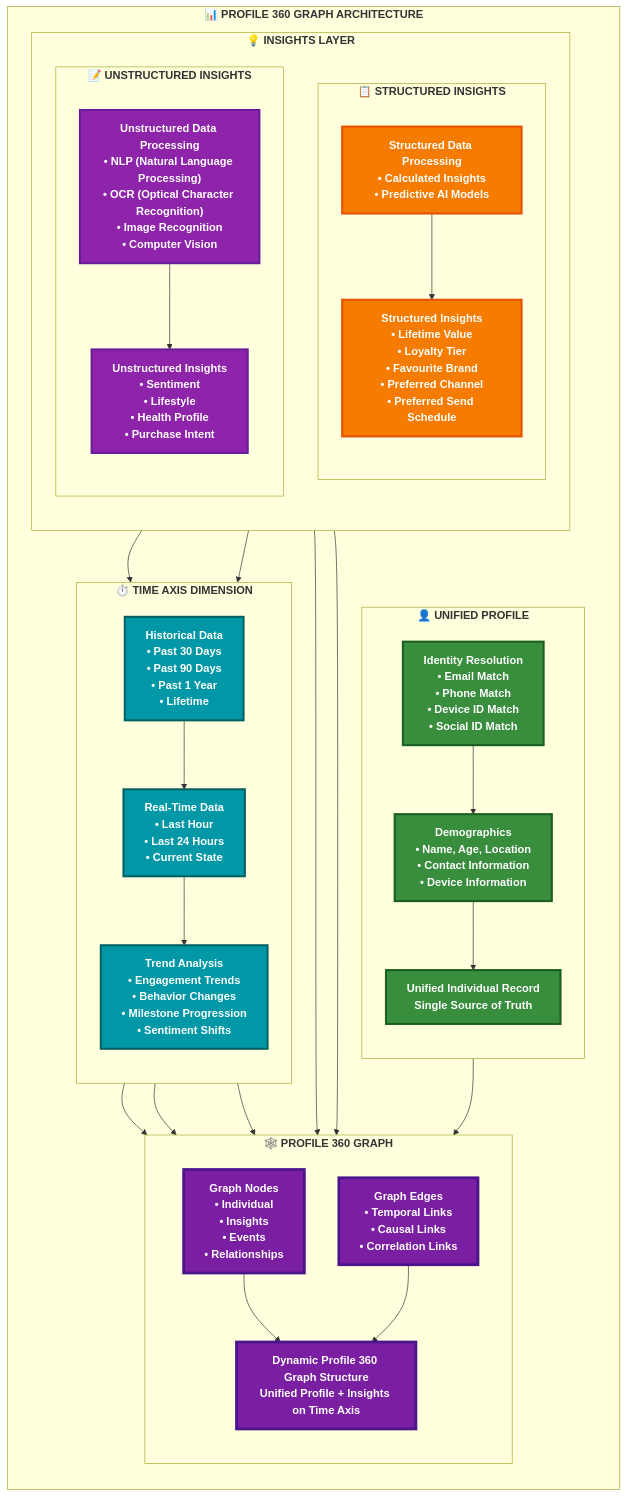
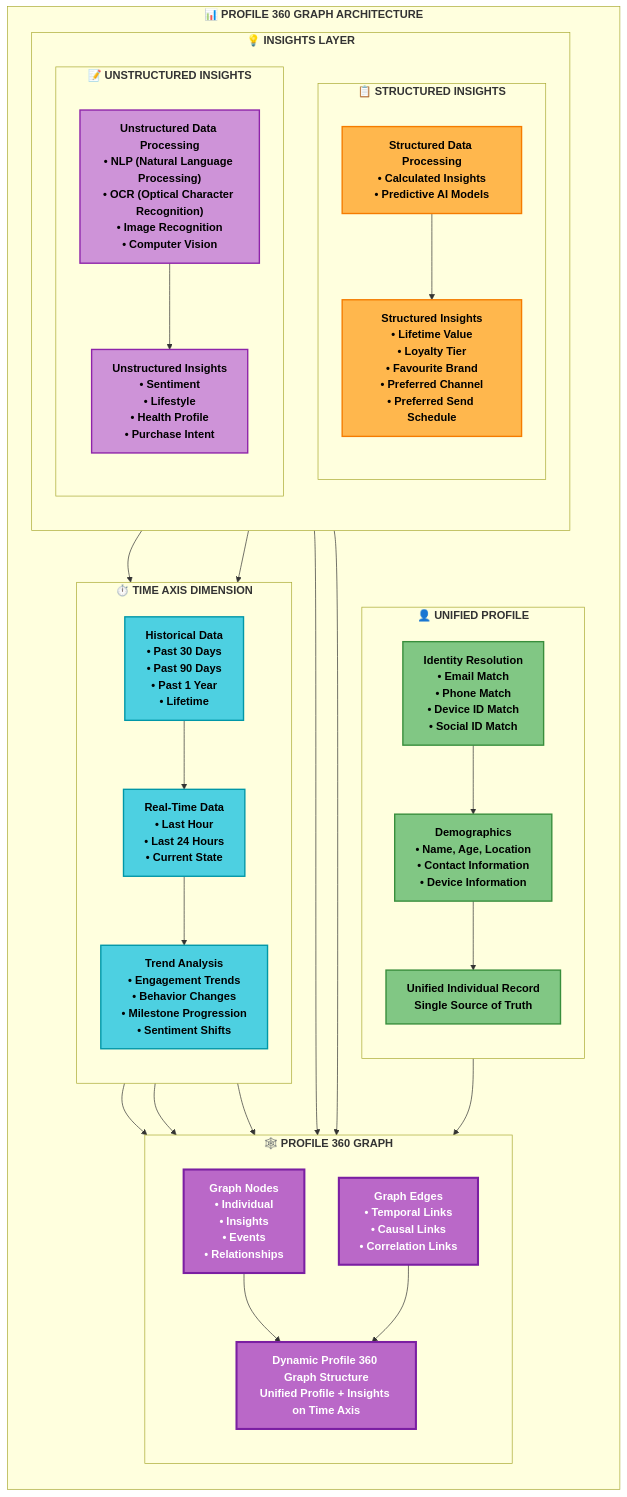
The second of 2 diagrams in ARCHITECTURE_FLOWCHART.md (biswarupbsf/datacloud-personalization-app), drawn with Mermaid before and after one commit. The commit also changed other lines of this file, not shown here.

Commit message:
Update flowchart: Use softer colors and add distinct icons for Enterprise data sources

```diff
--- a/ARCHITECTURE_FLOWCHART.md
+++ b/ARCHITECTURE_FLOWCHART.md
@@ -290,13 +290,13 @@
     Edges --> GraphStructure
     
     %% ============================================
-    %% ENHANCED STYLING
+    %% ENHANCED STYLING WITH SOFT COLORS
     %% ============================================
-    classDef unifiedStyle fill:#388e3c,stroke:#1b5e20,stroke-width:3px,color:#ffffff,font-weight:bold
-    classDef structuredStyle fill:#f57c00,stroke:#e65100,stroke-width:3px,color:#ffffff,font-weight:bold
-    classDef unstructuredStyle fill:#8e24aa,stroke:#6a1b9a,stroke-width:3px,color:#ffffff,font-weight:bold
-    classDef timeStyle fill:#0097a7,stroke:#006064,stroke-width:3px,color:#ffffff,font-weight:bold
-    classDef graphStyle fill:#7b1fa2,stroke:#4a148c,stroke-width:4px,color:#ffffff,font-weight:bold
+    classDef unifiedStyle fill:#81c784,stroke:#388e3c,stroke-width:2px,color:#000000,font-weight:bold
+    classDef structuredStyle fill:#ffb74d,stroke:#f57c00,stroke-width:2px,color:#000000,font-weight:bold
+    classDef unstructuredStyle fill:#ce93d8,stroke:#8e24aa,stroke-width:2px,color:#000000,font-weight:bold
+    classDef timeStyle fill:#4dd0e1,stroke:#0097a7,stroke-width:2px,color:#000000,font-weight:bold
+    classDef graphStyle fill:#ba68c8,stroke:#7b1fa2,stroke-width:3px,color:#ffffff,font-weight:bold
     
     class Identity,Demographics,UnifiedRecord unifiedStyle
     class StructuredProc,StructuredInsights structuredStyle
```
